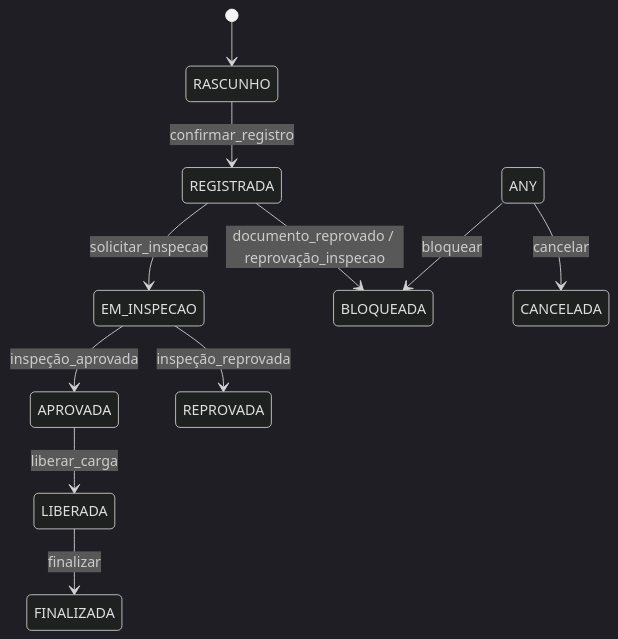
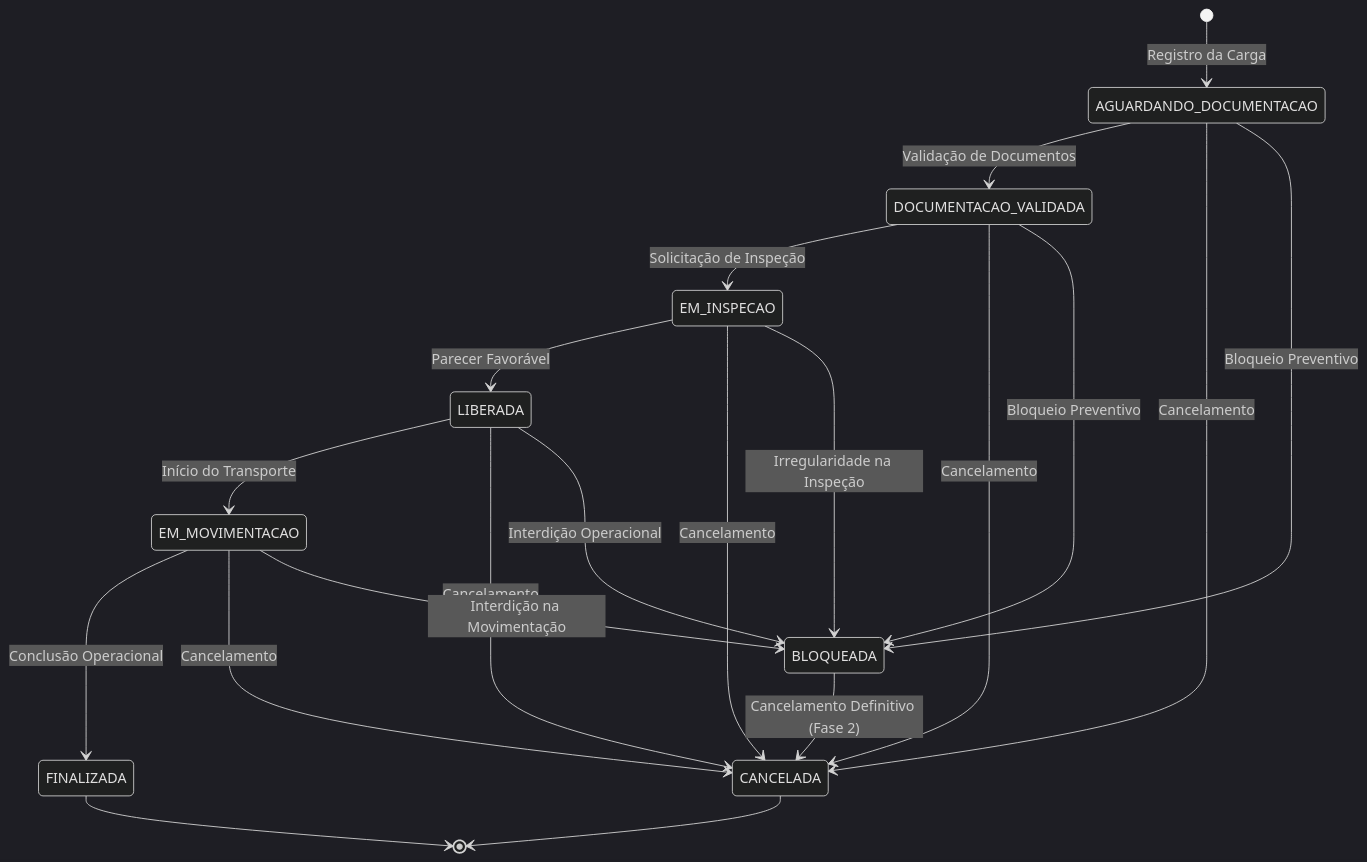
One commit to gabrixlzdev/QuimiPort changed the second of 3 diagrams in docs/2_modelagem_DDD.md. Above: the diagram before and after it, drawn with Mermaid (dark theme). The commit also changed other lines of this file and 2 other files, not shown here.

Commit message:
Atualiza fluxo de status da carga química e regras de transição no domínio

````diff
--- a/docs/2_modelagem_DDD.md
+++ b/docs/2_modelagem_DDD.md
@@ -174,13 +174,29 @@
 ```mermaid
 stateDiagram-v2
-    [*] --> RASCUNHO
-    RASCUNHO --> REGISTRADA : confirmar_registro
-    REGISTRADA --> EM_INSPECAO : solicitar_inspecao
-    REGISTRADA --> BLOQUEADA : documento_reprovado / reprovação_inspecao
-    EM_INSPECAO --> APROVADA : inspeção_aprovada
-    EM_INSPECAO --> REPROVADA : inspeção_reprovada
-    APROVADA --> LIBERADA : liberar_carga
-    LIBERADA --> FINALIZADA : finalizar
-    ANY --> CANCELADA : cancelar
-    ANY --> BLOQUEADA : bloquear
+    [*] --> AGUARDANDO_DOCUMENTACAO: Registro da Carga
+
+    AGUARDANDO_DOCUMENTACAO --> DOCUMENTACAO_VALIDADA: Validação de Documentos
+    AGUARDANDO_DOCUMENTACAO --> CANCELADA: Cancelamento
+    AGUARDANDO_DOCUMENTACAO --> BLOQUEADA: Bloqueio Preventivo
+
+    DOCUMENTACAO_VALIDADA --> EM_INSPECAO: Solicitação de Inspeção
+    DOCUMENTACAO_VALIDADA --> CANCELADA: Cancelamento
+    DOCUMENTACAO_VALIDADA --> BLOQUEADA: Bloqueio Preventivo
+
+    EM_INSPECAO --> LIBERADA: Parecer Favorável
+    EM_INSPECAO --> CANCELADA: Cancelamento
+    EM_INSPECAO --> BLOQUEADA: Irregularidade na Inspeção
+
+    LIBERADA --> EM_MOVIMENTACAO: Início do Transporte
+    LIBERADA --> CANCELADA: Cancelamento
+    LIBERADA --> BLOQUEADA: Interdição Operacional
+
+    EM_MOVIMENTACAO --> FINALIZADA: Conclusão Operacional
+    EM_MOVIMENTACAO --> CANCELADA: Cancelamento
+    EM_MOVIMENTACAO --> BLOQUEADA: Interdição na Movimentação
+
+    BLOQUEADA --> CANCELADA: Cancelamento Definitivo (Fase 2)
+
+    FINALIZADA --> [*]
+    CANCELADA --> [*]
 ```
````
